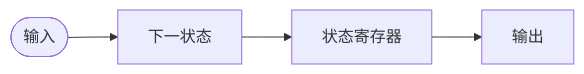
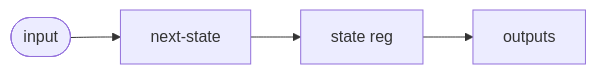
Before and after one commit to Kmila9s/Kmila: the first of 2 diagrams in Kmila.Shared/wwwroot/Learn/ch/fsm/01-mealy-vs-moore.md, drawn with Mermaid. The commit also changed other lines of this file and 207 other files, not shown here.

````diff
--- a/Kmila.Shared/wwwroot/Learn/ch/fsm/01-mealy-vs-moore.md
+++ b/Kmila.Shared/wwwroot/Learn/ch/fsm/01-mealy-vs-moore.md
@@ -13,6 +13,6 @@
 ```mermaid
 flowchart LR
-    IN([输入]) --> NS["下一状态"]
-    NS --> SR["状态寄存器"]
-    SR --> OUT["输出"]
+    IN([input]) --> NS["next-state"]
+    NS --> SR["state reg"]
+    SR --> OUT["outputs"]
 ```
````
